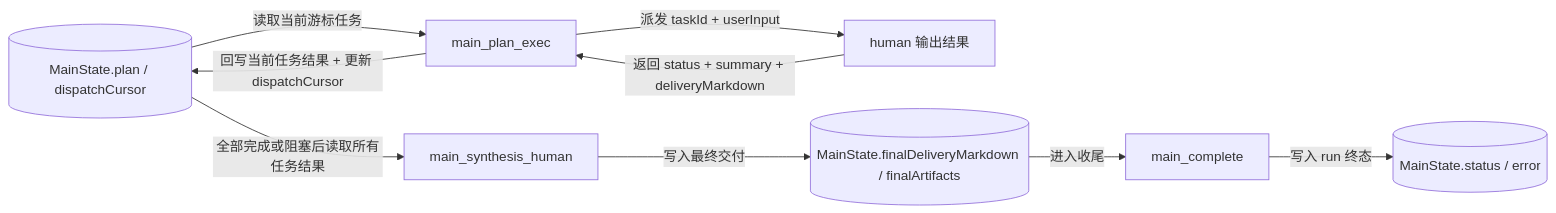
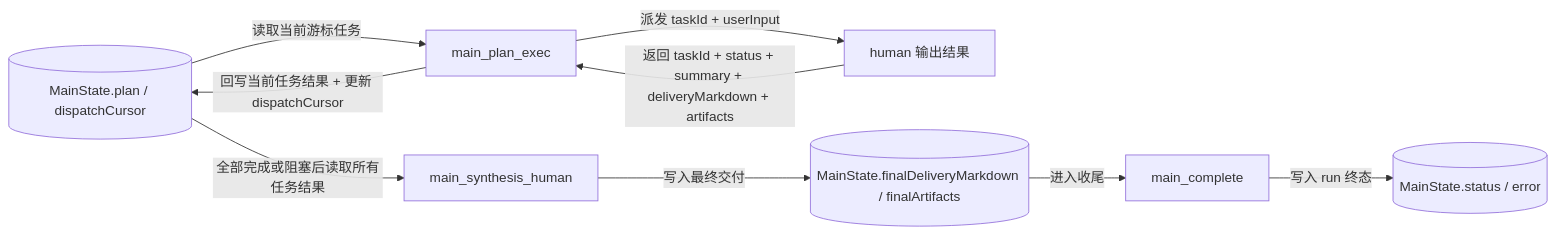
The third of 7 diagrams in doc/ai-design/data-definition-and-flow.md (Yoan98/Ncurator), drawn with Mermaid before and after one commit. The commit also changed other lines of this file and 7 other files, not shown here.

Commit message:
Restructure AI design docs around architecture and implementation spec

````diff
--- a/doc/ai-design/data-definition-and-flow.md
+++ b/doc/ai-design/data-definition-and-flow.md
@@ -401,19 +438,19 @@
 ```mermaid
 flowchart LR
     S3[("MainState.plan / dispatchCursor")]
     ME["main_plan_exec"]
     H["human 输出结果"]
     MS["main_synthesis_human"]
     S4[("MainState.finalDeliveryMarkdown / finalArtifacts")]
     MX["main_complete"]
     S5[("MainState.status / error")]
 
     S3 -->|读取当前游标任务| ME
     ME -->|派发 taskId + userInput| H
-    H -->|返回 status + summary + deliveryMarkdown| ME
+    H -->|返回 taskId + status + summary + deliveryMarkdown + artifacts| ME
     ME -->|回写当前任务结果 + 更新 dispatchCursor| S3
     S3 -->|全部完成或阻塞后读取所有任务结果| MS
     MS -->|写入最终交付| S4
     S4 -->|进入收尾| MX
     MX -->|写入 run 终态| S5
 ```
````
